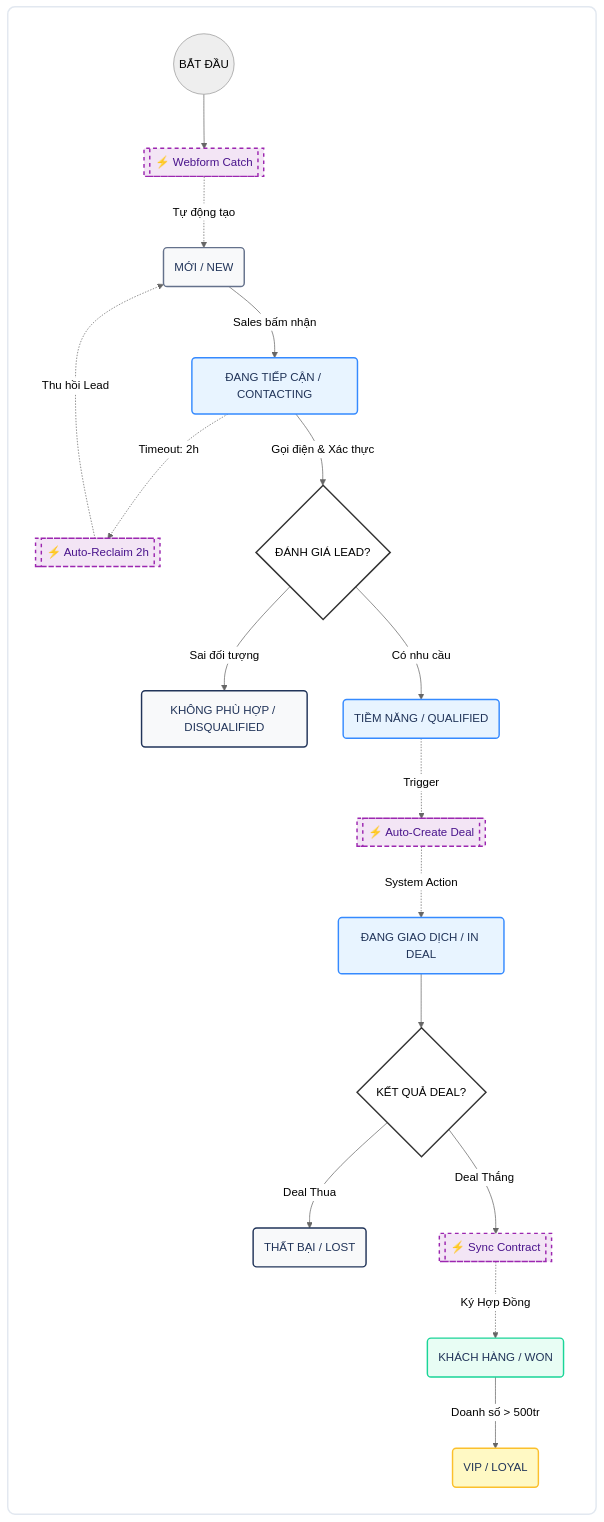
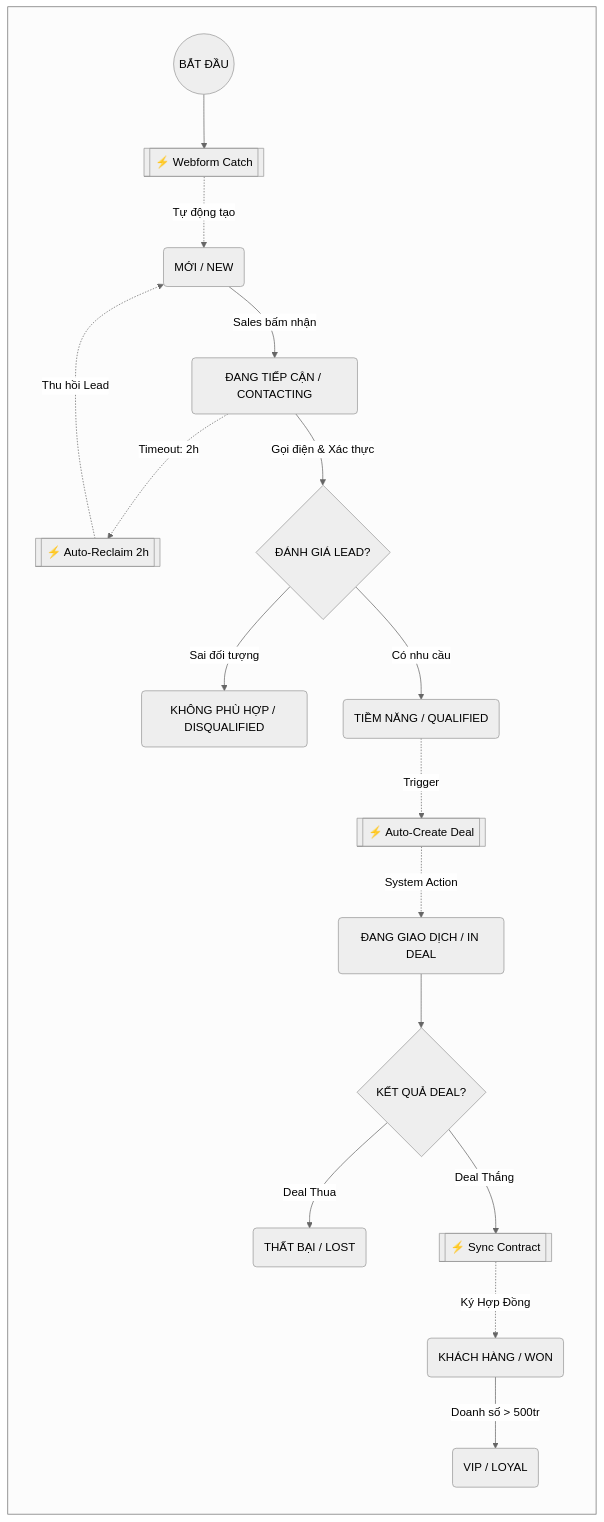
One commit to documentation-ai-managed/docs-nh changed the second of 2 diagrams in test-1.mdx. Above: the diagram before and after it, drawn with Mermaid (neutral theme).

Commit message:
Documentation Updated Through Editor  by Trần Minh Ánh

````diff
--- a/test-1.mdx
+++ b/test-1.mdx
@@ -230,32 +230,4 @@
         S8 -- "Doanh số > 500tr" --> S10
     end
 
-    %% =================== STYLING ===================
-
-    %% Style cho Root Container (Nền trắng, viền xám nhẹ)
-    style Root fill:#FFFFFF,stroke:#E2E8F0,stroke-width:2px,rx:10,ry:10
-
-    %% 1. Định nghĩa Class
-    classDef mo fill:#F8F9FA,stroke:#64718B,stroke-width:2px,color:#213459
-    classDef hoatdong fill:#E8F4FF,stroke:#358AFF,stroke-width:2px,color:#213459
-    classDef hoanthanh fill:#E8FDF4,stroke:#1AD598,stroke-width:2px,color:#213459
-    classDef donghuy fill:#F8F9FA,stroke:#213459,stroke-width:2px,color:#213459
-    
-    classDef vip fill:#FFF9C4,stroke:#FBC02D,stroke-width:2px,color:#213459
-    
-    classDef automation fill:#F3E5F5,stroke:#9C27B0,stroke-width:2px,stroke-dasharray: 5 5,color:#4A148C
-
-    classDef gateway fill:#FFFFFF,stroke:#333,stroke-width:2px
-
-    %% 2. Áp dụng Class
-    class S1 mo
-    class S2,S4,S6 hoatdong
-    class S8 hoanthanh
-    class S5,S9 donghuy
-    class S10 vip
-    
-    class S3,S7 gateway
-    
-    class Auto1,Auto2,Auto3,Auto4 automation
-
 ```
````
